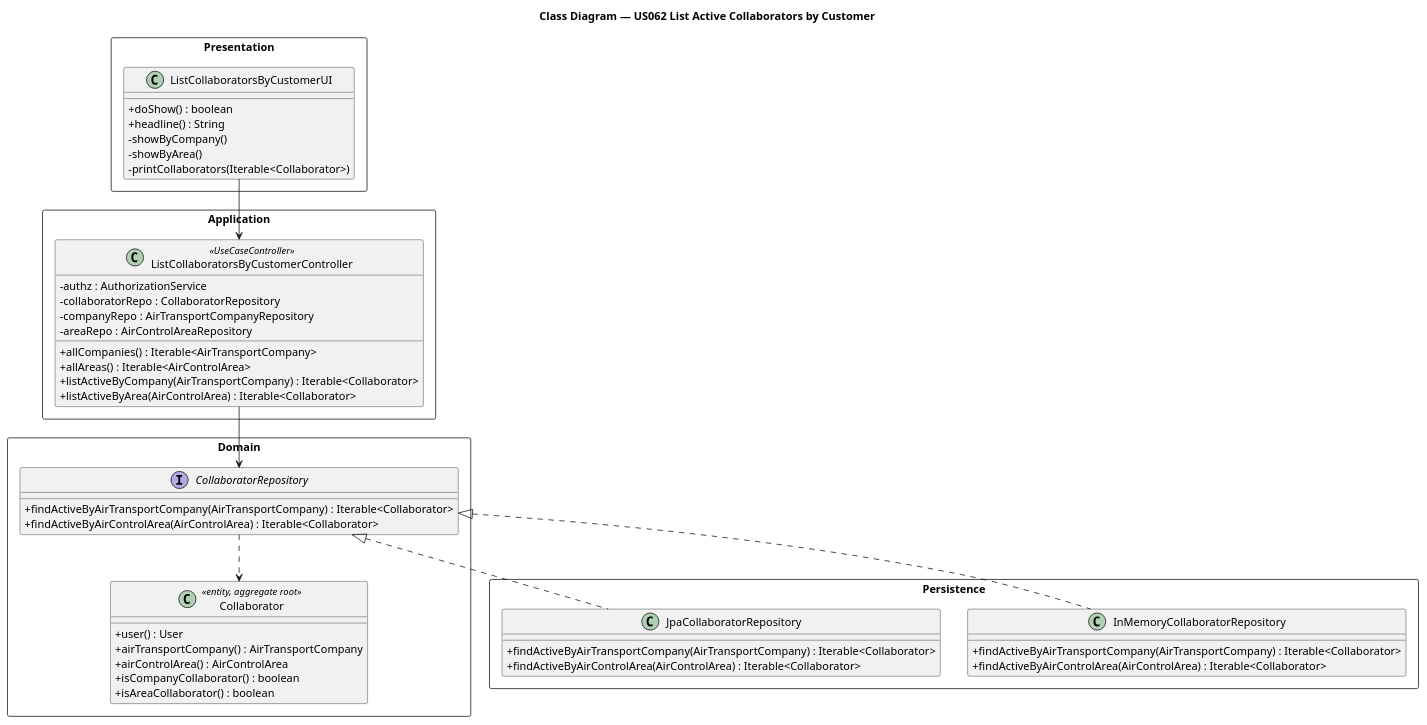
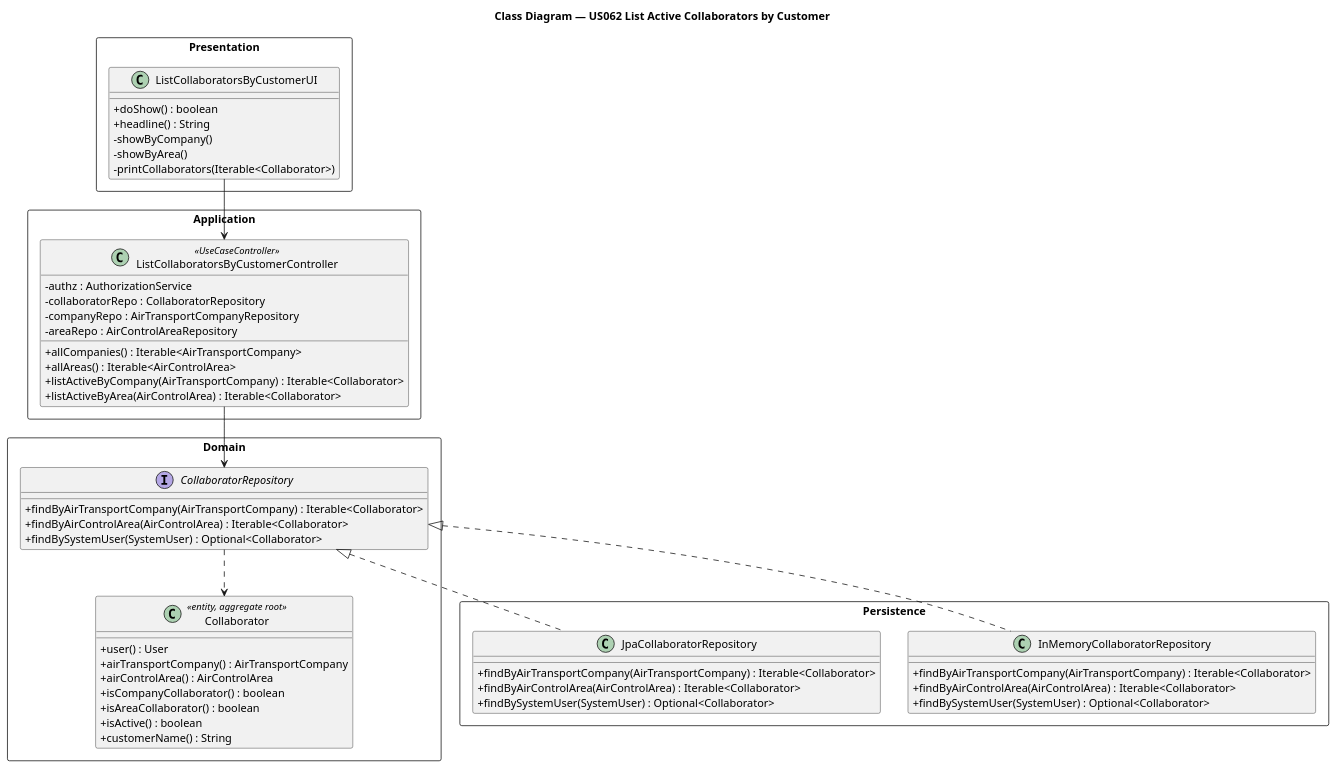
The diagram in aisafe.base/docs/user-stories/us062/puml/US062-class-diagram.puml (brunodspinto/aisafe), drawn with PlantUML before and after one commit. The commit also changed 6 other files, not shown here.

Commit message:
#32 US062 - refactor: update collaborator repository methods and enhance documentation for listing active collaborators

```diff
--- a/aisafe.base/docs/user-stories/us062/puml/US062-class-diagram.puml
+++ b/aisafe.base/docs/user-stories/us062/puml/US062-class-diagram.puml
@@ -1,63 +1,68 @@
 @startuml
 skinparam shadowing false
 skinparam classAttributeIconSize 0
 
 title Class Diagram — US062 List Active Collaborators by Customer
 
 package "Presentation" <<Rectangle>> {
     class ListCollaboratorsByCustomerUI {
         +doShow() : boolean
         +headline() : String
         -showByCompany()
         -showByArea()
         -printCollaborators(Iterable<Collaborator>)
     }
 }
 
 package "Application" <<Rectangle>> {
     class ListCollaboratorsByCustomerController <<UseCaseController>> {
         -authz : AuthorizationService
         -collaboratorRepo : CollaboratorRepository
         -companyRepo : AirTransportCompanyRepository
         -areaRepo : AirControlAreaRepository
         +allCompanies() : Iterable<AirTransportCompany>
         +allAreas() : Iterable<AirControlArea>
         +listActiveByCompany(AirTransportCompany) : Iterable<Collaborator>
         +listActiveByArea(AirControlArea) : Iterable<Collaborator>
     }
 }
 
 package "Domain" <<Rectangle>> {
     interface CollaboratorRepository {
-        +findActiveByAirTransportCompany(AirTransportCompany) : Iterable<Collaborator>
-        +findActiveByAirControlArea(AirControlArea) : Iterable<Collaborator>
+        +findByAirTransportCompany(AirTransportCompany) : Iterable<Collaborator>
+        +findByAirControlArea(AirControlArea) : Iterable<Collaborator>
+        +findBySystemUser(SystemUser) : Optional<Collaborator>
     }
 
     class Collaborator <<entity, aggregate root>> {
         +user() : User
         +airTransportCompany() : AirTransportCompany
         +airControlArea() : AirControlArea
         +isCompanyCollaborator() : boolean
         +isAreaCollaborator() : boolean
+        +isActive() : boolean
+        +customerName() : String
     }
 }
 
 package "Persistence" <<Rectangle>> {
     class InMemoryCollaboratorRepository {
-        +findActiveByAirTransportCompany(AirTransportCompany) : Iterable<Collaborator>
-        +findActiveByAirControlArea(AirControlArea) : Iterable<Collaborator>
+        +findByAirTransportCompany(AirTransportCompany) : Iterable<Collaborator>
+        +findByAirControlArea(AirControlArea) : Iterable<Collaborator>
+        +findBySystemUser(SystemUser) : Optional<Collaborator>
     }
 
     class JpaCollaboratorRepository {
-        +findActiveByAirTransportCompany(AirTransportCompany) : Iterable<Collaborator>
-        +findActiveByAirControlArea(AirControlArea) : Iterable<Collaborator>
+        +findByAirTransportCompany(AirTransportCompany) : Iterable<Collaborator>
+        +findByAirControlArea(AirControlArea) : Iterable<Collaborator>
+        +findBySystemUser(SystemUser) : Optional<Collaborator>
     }
 }
 
 ListCollaboratorsByCustomerUI --> ListCollaboratorsByCustomerController
 ListCollaboratorsByCustomerController --> CollaboratorRepository
 CollaboratorRepository <|.. InMemoryCollaboratorRepository
 CollaboratorRepository <|.. JpaCollaboratorRepository
 CollaboratorRepository ..> Collaborator
 
 @enduml
```
